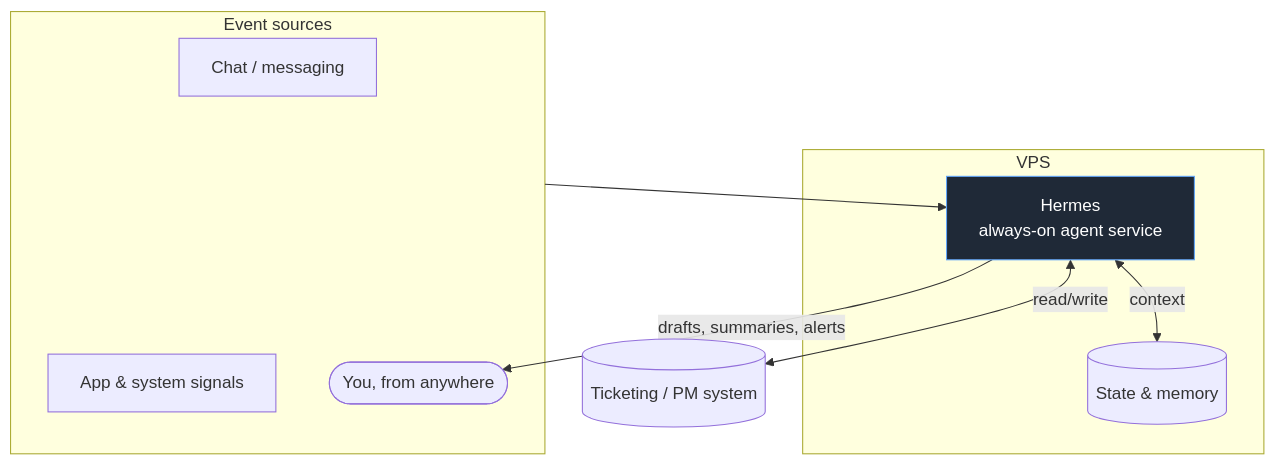
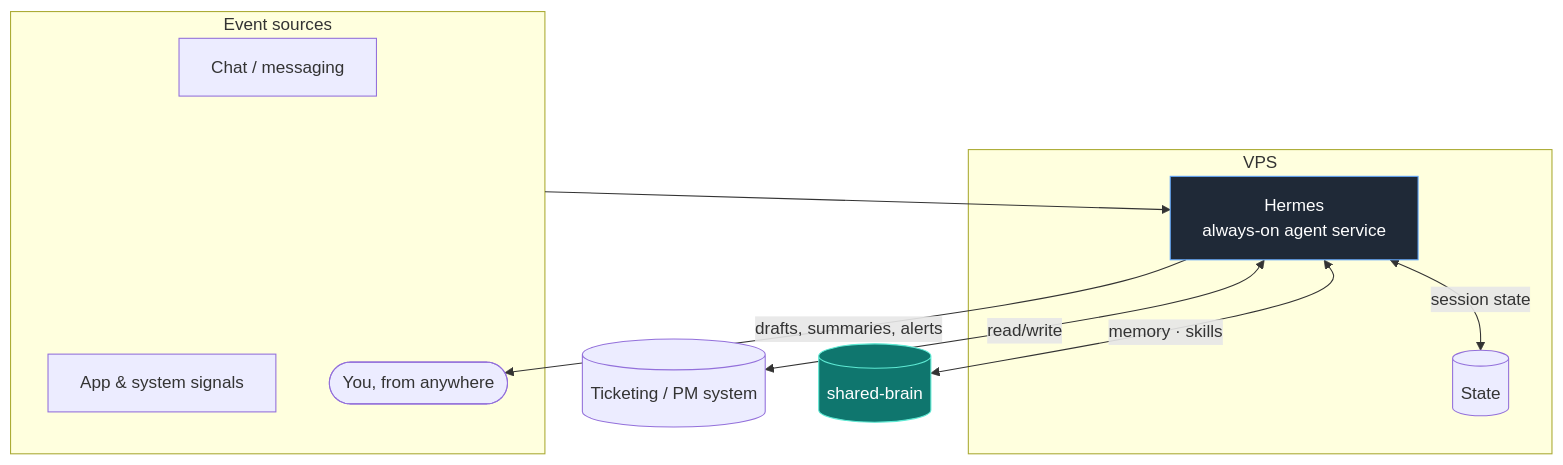
Before and after one commit to soeren90/hermes-agent: the diagram in ARCHITECTURE.md, drawn with Mermaid. The commit also changed other lines of this file and 1 other file, not shown here.

Commit message:
Align role wording and architecture with the rest of the system

````diff
--- a/ARCHITECTURE.md
+++ b/ARCHITECTURE.md
@@ -7,22 +13,25 @@
 ```mermaid
 flowchart TD
     subgraph Inputs [Event sources]
-        CH[Chat / messaging] 
+        CH[Chat / messaging]
         EV[App & system signals]
         ME([You, from anywhere])
     end
 
     Inputs --> H[Hermes\nalways-on agent service]
 
     H <-->|read/write| PM[(Ticketing / PM system)]
-    H <-->|context| ST[(State & memory)]
+    H <-->|session state| ST[(State)]
+    H <-->|memory · skills| SB[(shared-brain)]
     H -->|drafts, summaries, alerts| ME
 
     subgraph Host [VPS]
         H
         ST
     end
 
     classDef svc fill:#1f2937,stroke:#60a5fa,color:#fff;
+    classDef brain fill:#0f766e,stroke:#5eead4,color:#fff;
     class H svc;
+    class SB brain;
 ```
````
